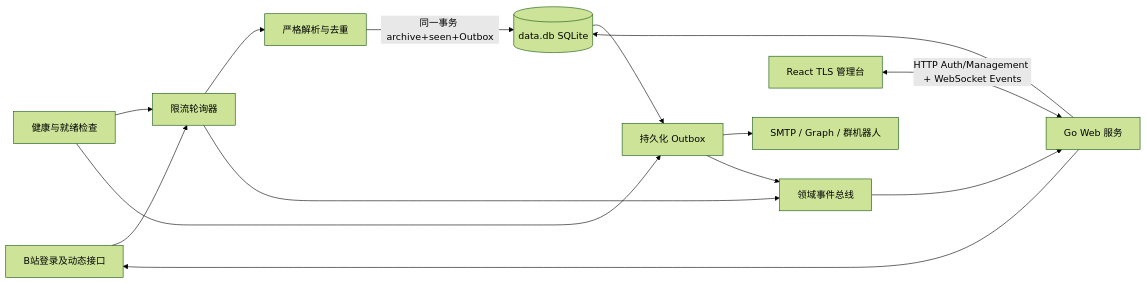
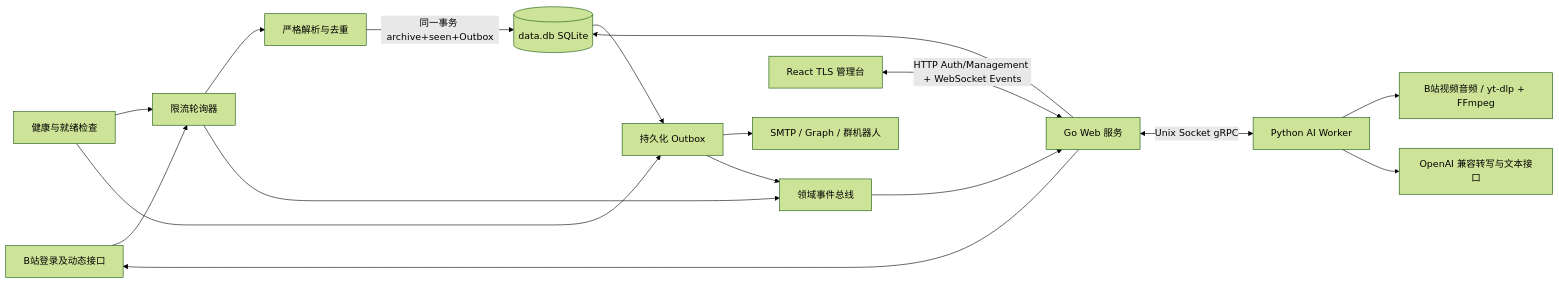
Before and after one commit to linxin2429/bili_notify: the diagram in docs/requirements-and-design.md, drawn with Mermaid (forest theme). The commit also changed other lines of this file and 56 other files, not shown here.

````diff
--- a/docs/requirements-and-design.md
+++ b/docs/requirements-and-design.md
@@ -20,16 +20,19 @@
 ```mermaid
 flowchart LR
     B[B站登录及动态接口] --> C[限流轮询器]
     C --> P[严格解析与去重]
     P -->|同一事务 archive+seen+Outbox| S[(data.db SQLite)]
     S --> O[持久化 Outbox]
     O --> N[SMTP / Graph / 群机器人]
     A[React TLS 管理台] <-->|HTTP Auth/Management + WebSocket Events| W[Go Web 服务]
     W --> S
     W --> B
     E[领域事件总线] --> W
     C --> E
     O --> E
     H[健康与就绪检查] --> C
     H --> O
+    W <-->|Unix Socket gRPC| AI[Python AI Worker]
+    AI --> BD[B站视频音频 / yt-dlp + FFmpeg]
+    AI --> OP[OpenAI 兼容转写与文本接口]
 ```
````
